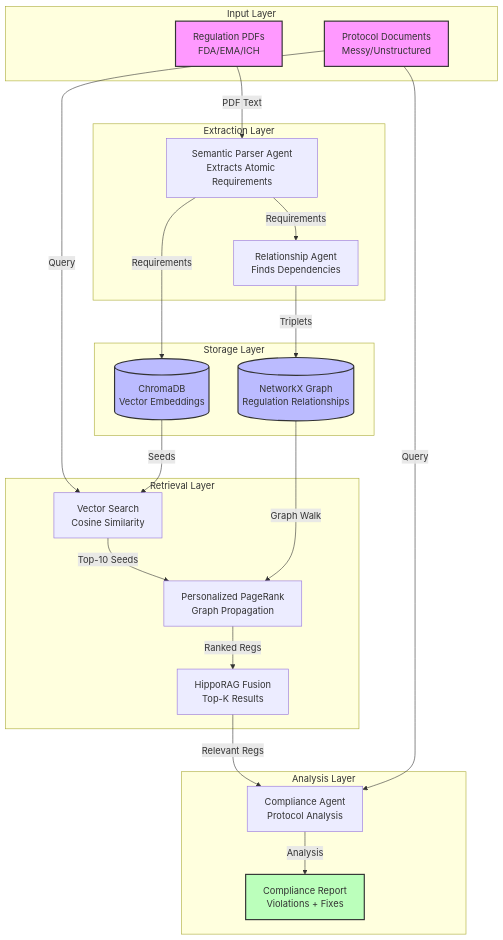
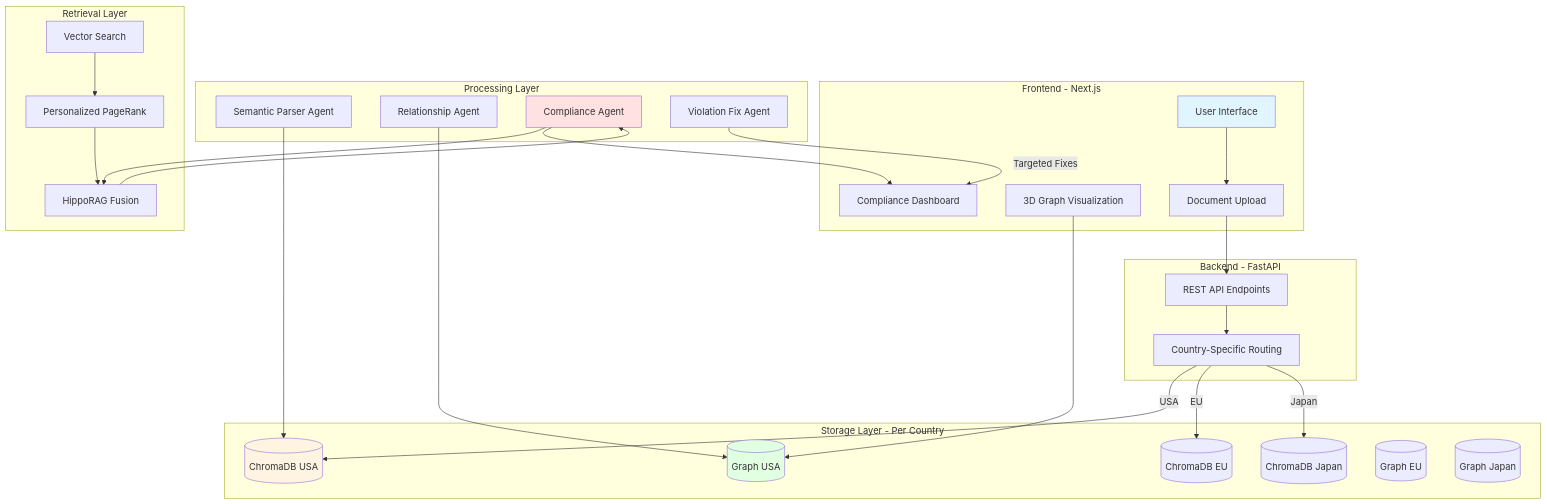
Before and after one commit to vardhanshorewala/harmoniq: the first of 2 diagrams in README.md, drawn with Mermaid. The commit also changed other lines of this file and 9 other files, not shown here.

````diff
--- a/README.md
+++ b/README.md
@@ -60,49 +79,59 @@
 ```mermaid
 graph TB
-    subgraph "Input Layer"
-        REG[Regulation PDFs<br/>FDA/EMA/ICH]
-        PROTO[Protocol Documents<br/>Messy/Unstructured]
+    subgraph "Frontend - Next.js"
+        UI[User Interface]
+        UPLOAD[Document Upload]
+        VIZ[3D Graph Visualization]
+        DASH[Compliance Dashboard]
     end
     
-    subgraph "Extraction Layer"
-        AGENT1[Semantic Parser Agent<br/>Extracts Atomic Requirements]
-        AGENT2[Relationship Agent<br/>Finds Dependencies]
+    subgraph "Backend - FastAPI"
+        API[REST API Endpoints]
+        ROUTE[Country-Specific Routing]
     end
     
-    subgraph "Storage Layer"
-        VDB[(ChromaDB<br/>Vector Embeddings)]
-        GRAPH[(NetworkX Graph<br/>Regulation Relationships)]
+    subgraph "Processing Layer"
+        AGENT1[Semantic Parser Agent]
+        AGENT2[Relationship Agent]
+        AGENT3[Compliance Agent]
+        AGENT4[Violation Fix Agent]
+    end
+    
+    subgraph "Storage Layer - Per Country"
+        VDB_USA[(ChromaDB USA)]
+        VDB_EU[(ChromaDB EU)]
+        VDB_JP[(ChromaDB Japan)]
+        GRAPH_USA[(Graph USA)]
+        GRAPH_EU[(Graph EU)]
+        GRAPH_JP[(Graph Japan)]
     end
     
     subgraph "Retrieval Layer"
-        VSEARCH[Vector Search<br/>Cosine Similarity]
-        PPR[Personalized PageRank<br/>Graph Propagation]
-        HYBRID[HippoRAG Fusion<br/>Top-K Results]
+        VSEARCH[Vector Search]
+        PPR[Personalized PageRank]
+        HYBRID[HippoRAG Fusion]
     end
     
-    subgraph "Analysis Layer"
-        COMP[Compliance Agent<br/>Protocol Analysis]
-        RESULT[Compliance Report<br/>Violations + Fixes]
-    end
+    UI --> UPLOAD
+    UPLOAD --> API
+    API --> ROUTE
+    ROUTE -->|USA| VDB_USA
+    ROUTE -->|EU| VDB_EU
+    ROUTE -->|Japan| VDB_JP
     
-    REG -->|PDF Text| AGENT1
-    AGENT1 -->|Requirements| VDB
-    AGENT1 -->|Requirements| AGENT2
-    AGENT2 -->|Triplets| GRAPH
+    AGENT1 --> VDB_USA
+    AGENT2 --> GRAPH_USA
+    AGENT3 --> HYBRID
+    AGENT4 -->|Targeted Fixes| DASH
     
-    PROTO -->|Query| VSEARCH
-    VDB -->|Seeds| VSEARCH
-    VSEARCH -->|Top-10 Seeds| PPR
-    GRAPH -->|Graph Walk| PPR
-    PPR -->|Ranked Regs| HYBRID
+    VSEARCH --> PPR
+    PPR --> HYBRID
+    HYBRID --> AGENT3
+    AGENT3 --> DASH
+    VIZ --> GRAPH_USA
     
-    HYBRID -->|Relevant Regs| COMP
-    PROTO -->|Query| COMP
-    COMP -->|Analysis| RESULT
-    
-    style REG fill:#f9f,stroke:#333,stroke-width:2px
-    style PROTO fill:#f9f,stroke:#333,stroke-width:2px
-    style GRAPH fill:#bbf,stroke:#333,stroke-width:2px
-    style VDB fill:#bbf,stroke:#333,stroke-width:2px
-    style RESULT fill:#bfb,stroke:#333,stroke-width:2px
+    style UI fill:#e1f5ff
+    style AGENT3 fill:#ffe1e1
+    style VDB_USA fill:#fff4e1
+    style GRAPH_USA fill:#e1ffe1
 ```
````
